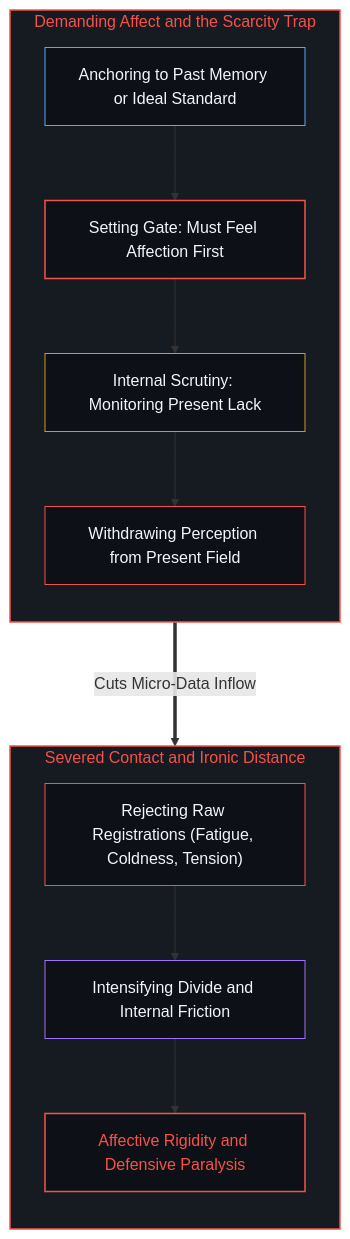
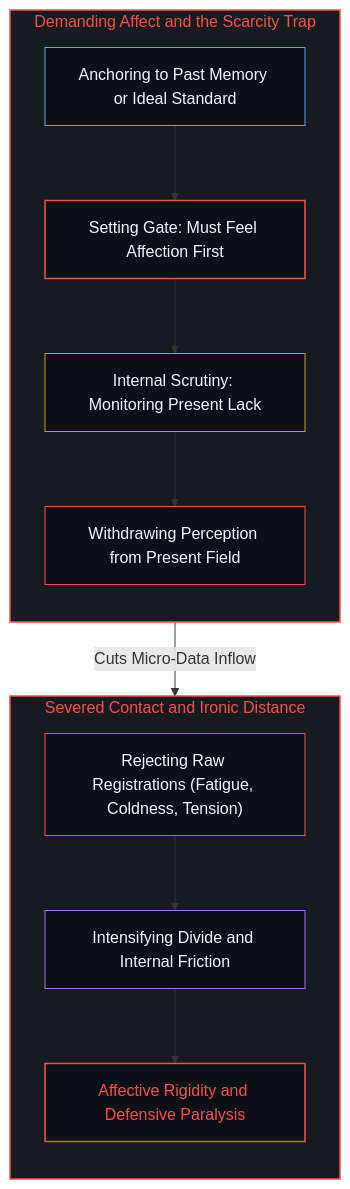
The second of 6 diagrams in content/posts/present-contact-and-the-obscuration-of-desired-feeling.md (powerpig99/not-a-toe), drawn with Mermaid before and after one commit. The commit also changed other lines of this file and 2 other files, not shown here.

Commit message:
Polish Post #385: streamline Mermaid connectors, clarify Heideggerian vs present registration, and anchor Call to Praxis

````diff
--- a/content/posts/present-contact-and-the-obscuration-of-desired-feeling.md
+++ b/content/posts/present-contact-and-the-obscuration-of-desired-feeling.md
@@ -43,27 +43,27 @@
 ```mermaid
 graph TD
     subgraph S_Demand_EN ["Demanding Affect and the Scarcity Trap"]
         direction TB
         DE_Past["Anchoring to Past Memory or Ideal Standard"] --> DE_Gate["Setting Gate: Must Feel Affection First"]
         DE_Gate --> DE_Policing["Internal Scrutiny: Monitoring Present Lack"]
         DE_Policing --> DE_Sever["Withdrawing Perception from Present Field"]
     end
 
     subgraph S_Numbness_EN ["Severed Contact and Ironic Distance"]
         direction TB
         NE_Block["Rejecting Raw Registrations (Fatigue, Coldness, Tension)"] --> NE_Alienation["Intensifying Divide and Internal Friction"]
         NE_Alienation --> NE_Freeze["Affective Rigidity and Defensive Paralysis"]
     end
 
-    DE_Sever ===>|"Cuts Micro-Data Inflow"| NE_Block
+    DE_Sever -->|"Cuts Micro-Data Inflow"| NE_Block
 
     style S_Demand_EN fill:#161b22,stroke:#f85149,stroke-width:1.5px,color:#f85149
     style S_Numbness_EN fill:#161b22,stroke:#f85149,stroke-width:1.5px,color:#f85149
     style DE_Past fill:#0d1117,stroke:#58a6ff,stroke-width:1px,color:#f0f6fc
     style DE_Gate fill:#0d1117,stroke:#f85149,stroke-width:1.5px,color:#f0f6fc
     style DE_Policing fill:#0d1117,stroke:#d29922,stroke-width:1px,color:#f0f6fc
     style DE_Sever fill:#0d1117,stroke:#f85149,stroke-width:1px,color:#f0f6fc
     style NE_Block fill:#0d1117,stroke:#f85149,stroke-width:1px,color:#f0f6fc
     style NE_Alienation fill:#0d1117,stroke:#a371f7,stroke-width:1px,color:#f0f6fc
     style NE_Freeze fill:#0d1117,stroke:#f85149,stroke-width:1.5px,color:#f85149
 ```
````
